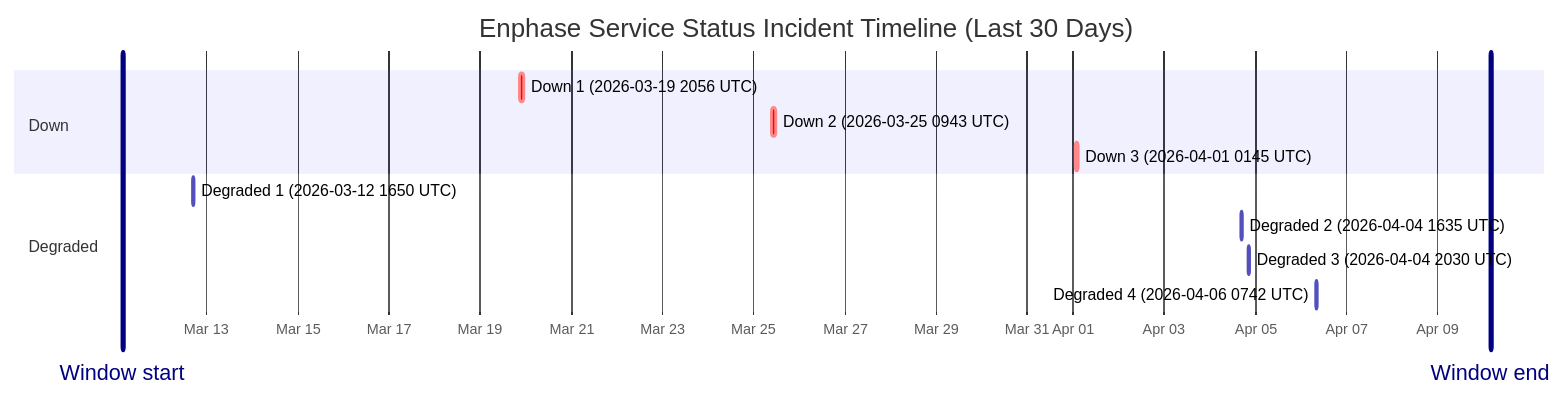
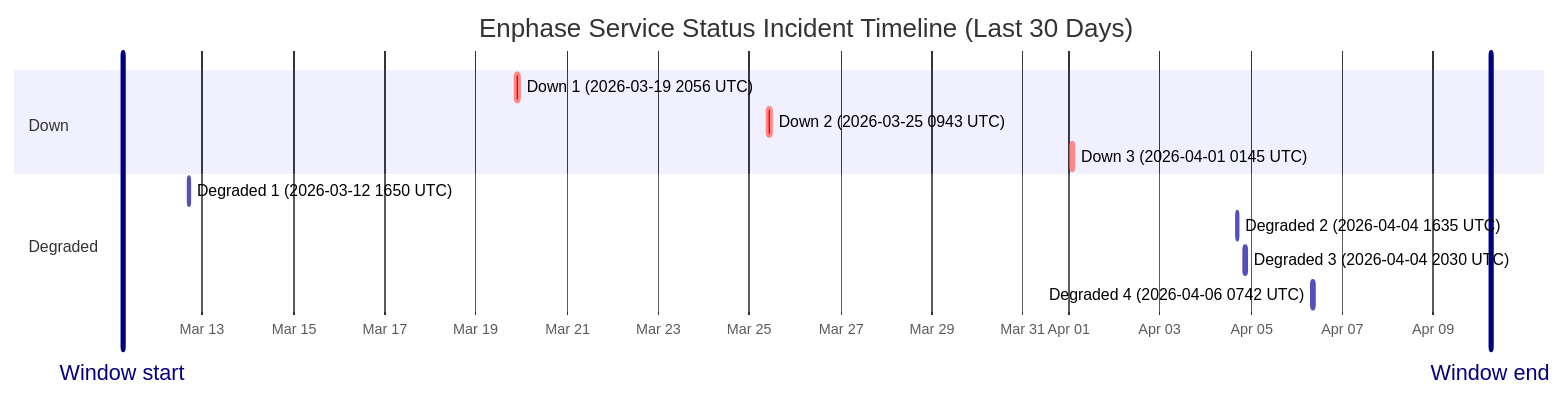
The diagram in wiki/Service-Status-History.md (barneyonline/ha-enphase-ev-charger), drawn with Mermaid before and after one commit. The commit also changed other lines of this file and 3 other files, not shown here.

````diff
--- a/wiki/Service-Status-History.md
+++ b/wiki/Service-Status-History.md
@@ -14,17 +14,17 @@
 ```mermaid
 gantt
     title Enphase Service Status Incident Timeline (Last 30 Days)
     dateFormat  YYYY-MM-DDTHH:mm:ss
     axisFormat  %b %d
-    Window start :vert, window-start, 2026-03-11T03:46:44, 0ms
-    Window end :vert, window-end, 2026-04-10T03:46:44, 0ms
+    Window start :vert, window-start, 2026-03-11T05:57:18, 0ms
+    Window end :vert, window-end, 2026-04-10T05:57:18, 0ms
     section Down
     Down 1 (2026-03-19 2056 UTC) :crit, down-1, 2026-03-19T20:56:20, 145m
     Down 2 (2026-03-25 0943 UTC) :crit, down-2, 2026-03-25T09:43:28, 111m
     Down 3 (2026-04-01 0145 UTC) :crit, down-3, 2026-04-01T01:45:09, 60m
     section Degraded
     Degraded 1 (2026-03-12 1650 UTC) :active, degraded-1, 2026-03-12T16:50:43, 60m
     Degraded 2 (2026-04-04 1635 UTC) :active, degraded-2, 2026-04-04T16:35:17, 60m
     Degraded 3 (2026-04-04 2030 UTC) :active, degraded-3, 2026-04-04T20:30:40, 60m
     Degraded 4 (2026-04-06 0742 UTC) :active, degraded-4, 2026-04-06T07:42:09, 85m
 ```
````
